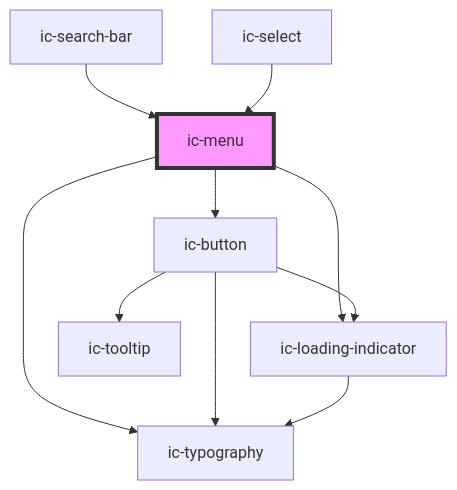
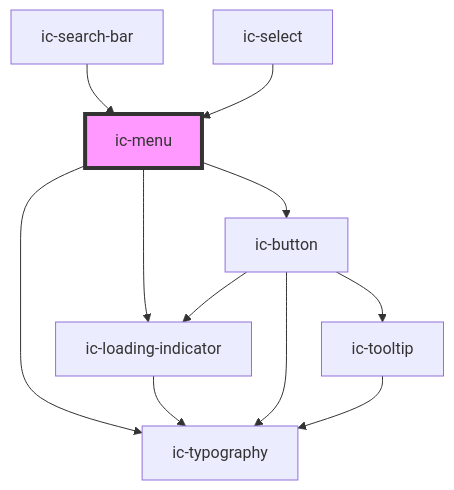
One commit to mi6/ic-ui-kit changed the diagram in packages/web-components/src/components/ic-menu/readme.md. Above: the diagram before and after it, drawn with Mermaid. The commit also changed other lines of this file and 134 other files, not shown here.

````diff
--- a/packages/web-components/src/components/ic-menu/readme.md
+++ b/packages/web-components/src/components/ic-menu/readme.md
@@ -95,13 +93,14 @@
 ```mermaid
 graph TD;
-  ic-menu --> ic-button
   ic-menu --> ic-loading-indicator
   ic-menu --> ic-typography
-  ic-search-bar --> ic-menu
-  ic-select --> ic-menu
+  ic-menu --> ic-button
+  ic-loading-indicator --> ic-typography
   ic-button --> ic-typography
   ic-button --> ic-loading-indicator
   ic-button --> ic-tooltip
-  ic-loading-indicator --> ic-typography
+  ic-tooltip --> ic-typography
+  ic-search-bar --> ic-menu
+  ic-select --> ic-menu
   style ic-menu fill:#f9f,stroke:#333,stroke-width:4px
 ```
````
